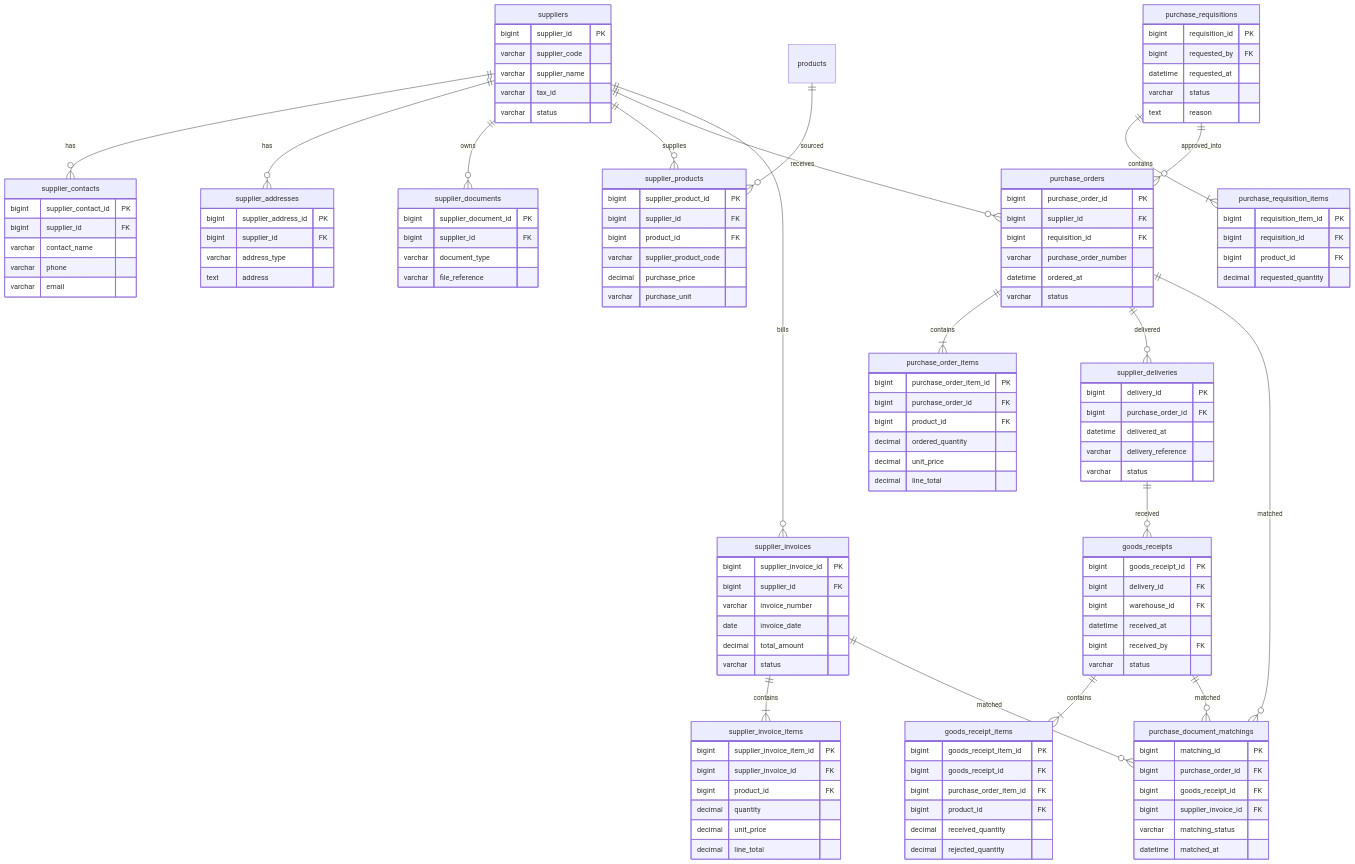
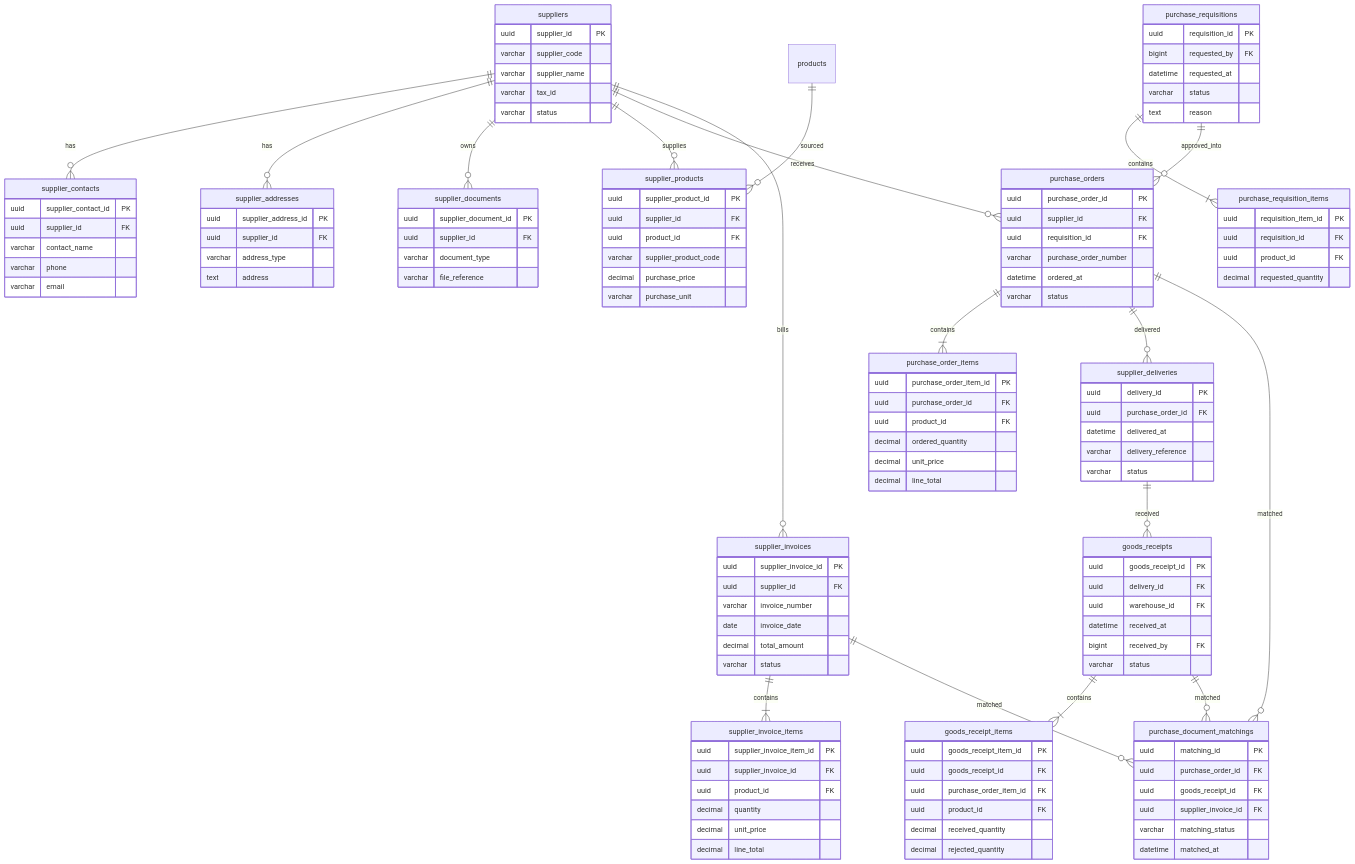
Before and after one commit to raveniqu/vet-clinic-web: the ninth of 11 diagrams in prototype/docs/Database/ER_Diagram.md, drawn with Mermaid. The commit also changed other lines of this file and 152 other files, not shown here.

```diff
--- a/prototype/docs/Database/ER_Diagram.md
+++ b/prototype/docs/Database/ER_Diagram.md
@@ -1349,7 +1349,7 @@
     supplier_invoices ||--o{ purchase_document_matchings : matched
 
     suppliers {
-        bigint supplier_id PK
+        uuid supplier_id PK
         varchar supplier_code
         varchar supplier_name
         varchar tax_id
@@ -1357,38 +1357,38 @@
     }
 
     supplier_contacts {
-        bigint supplier_contact_id PK
-        bigint supplier_id FK
+        uuid supplier_contact_id PK
+        uuid supplier_id FK
         varchar contact_name
         varchar phone
         varchar email
     }
 
     supplier_addresses {
-        bigint supplier_address_id PK
-        bigint supplier_id FK
+        uuid supplier_address_id PK
+        uuid supplier_id FK
         varchar address_type
         text address
     }
 
     supplier_documents {
-        bigint supplier_document_id PK
-        bigint supplier_id FK
+        uuid supplier_document_id PK
+        uuid supplier_id FK
         varchar document_type
         varchar file_reference
     }
 
     supplier_products {
-        bigint supplier_product_id PK
-        bigint supplier_id FK
-        bigint product_id FK
+        uuid supplier_product_id PK
+        uuid supplier_id FK
+        uuid product_id FK
         varchar supplier_product_code
         decimal purchase_price
         varchar purchase_unit
     }
 
     purchase_requisitions {
-        bigint requisition_id PK
+        uuid requisition_id PK
         bigint requested_by FK
         datetime requested_at
         varchar status
@@ -1396,59 +1396,59 @@
     }
 
     purchase_requisition_items {
-        bigint requisition_item_id PK
-        bigint requisition_id FK
-        bigint product_id FK
+        uuid requisition_item_id PK
+        uuid requisition_id FK
+        uuid product_id FK
         decimal requested_quantity
     }
 
     purchase_orders {
-        bigint purchase_order_id PK
-        bigint supplier_id FK
-        bigint requisition_id FK
+        uuid purchase_order_id PK
+        uuid supplier_id FK
+        uuid requisition_id FK
         varchar purchase_order_number
         datetime ordered_at
         varchar status
     }
 
     purchase_order_items {
-        bigint purchase_order_item_id PK
-        bigint purchase_order_id FK
-        bigint product_id FK
+        uuid purchase_order_item_id PK
+        uuid purchase_order_id FK
+        uuid product_id FK
         decimal ordered_quantity
         decimal unit_price
         decimal line_total
     }
 
     supplier_deliveries {
-        bigint delivery_id PK
-        bigint purchase_order_id FK
+        uuid delivery_id PK
+        uuid purchase_order_id FK
         datetime delivered_at
         varchar delivery_reference
         varchar status
     }
 
     goods_receipts {
-        bigint goods_receipt_id PK
-        bigint delivery_id FK
-        bigint warehouse_id FK
+        uuid goods_receipt_id PK
+        uuid delivery_id FK
+        uuid warehouse_id FK
         datetime received_at
         bigint received_by FK
         varchar status
     }
 
     goods_receipt_items {
-        bigint goods_receipt_item_id PK
-        bigint goods_receipt_id FK
-        bigint purchase_order_item_id FK
-        bigint product_id FK
+        uuid goods_receipt_item_id PK
+        uuid goods_receipt_id FK
+        uuid purchase_order_item_id FK
+        uuid product_id FK
         decimal received_quantity
         decimal rejected_quantity
     }
 
     supplier_invoices {
-        bigint supplier_invoice_id PK
-        bigint supplier_id FK
+        uuid supplier_invoice_id PK
+        uuid supplier_id FK
         varchar invoice_number
         date invoice_date
         decimal total_amount
@@ -1456,19 +1456,19 @@
     }
 
     supplier_invoice_items {
-        bigint supplier_invoice_item_id PK
-        bigint supplier_invoice_id FK
-        bigint product_id FK
+        uuid supplier_invoice_item_id PK
+        uuid supplier_invoice_id FK
+        uuid product_id FK
         decimal quantity
         decimal unit_price
         decimal line_total
     }
 
     purchase_document_matchings {
-        bigint matching_id PK
-        bigint purchase_order_id FK
-        bigint goods_receipt_id FK
-        bigint supplier_invoice_id FK
+        uuid matching_id PK
+        uuid purchase_order_id FK
+        uuid goods_receipt_id FK
+        uuid supplier_invoice_id FK
         varchar matching_status
         datetime matched_at
     }
```
